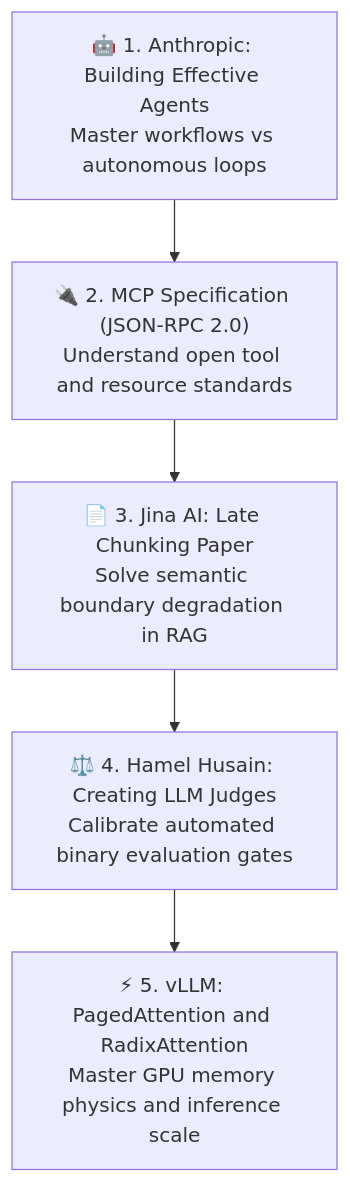
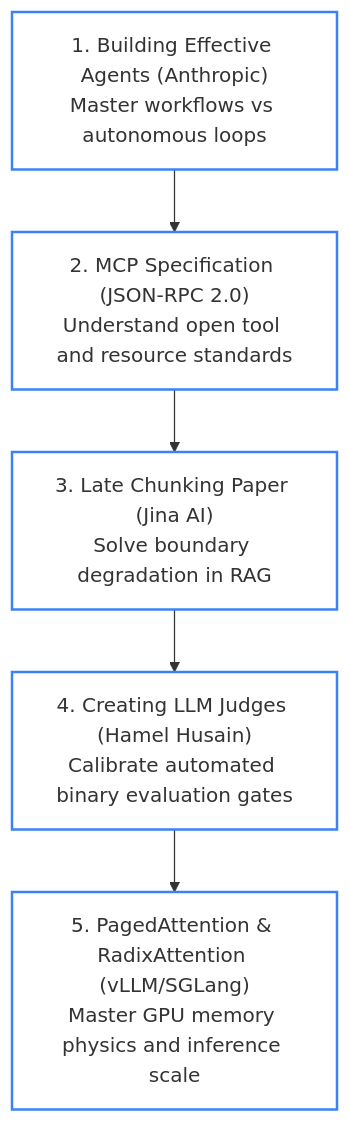
One commit to dip4k/senior-engineer-to-ai-engineer-roadmap changed the diagram in resources/topics-and-resource-map.md. Above: the diagram before and after it, drawn with Mermaid. The commit also changed other lines of this file and 49 other files, not shown here.

First line of the commit message:
feat(curriculum): complete 2026 refactoring across roadmaps, use-cases, labs, and agent-forge

````diff
--- a/resources/topics-and-resource-map.md
+++ b/resources/topics-and-resource-map.md
@@ -313,8 +319,10 @@
 ```mermaid
 flowchart TD
-    Step1["🤖 1. Anthropic: Building Effective Agents<br>Master workflows vs autonomous loops"] --> Step2
-    Step2["🔌 2. MCP Specification (JSON-RPC 2.0)<br>Understand open tool and resource standards"] --> Step3
-    Step3["📄 3. Jina AI: Late Chunking Paper<br>Solve semantic boundary degradation in RAG"] --> Step4
-    Step4["⚖️ 4. Hamel Husain: Creating LLM Judges<br>Calibrate automated binary evaluation gates"] --> Step5
-    Step5["⚡ 5. vLLM: PagedAttention and RadixAttention<br>Master GPU memory physics and inference scale"]
+    Step1["1. Building Effective Agents (Anthropic)<br>Master workflows vs autonomous loops"] --> Step2
+    Step2["2. MCP Specification (JSON-RPC 2.0)<br>Understand open tool and resource standards"] --> Step3
+    Step3["3. Late Chunking Paper (Jina AI)<br>Solve boundary degradation in RAG"] --> Step4
+    Step4["4. Creating LLM Judges (Hamel Husain)<br>Calibrate automated binary evaluation gates"] --> Step5
+    Step5["5. PagedAttention & RadixAttention (vLLM/SGLang)<br>Master GPU memory physics and inference scale"]
+
+    classDef default fill:none,stroke:#3b82f6,stroke-width:2px;
 ```
````
